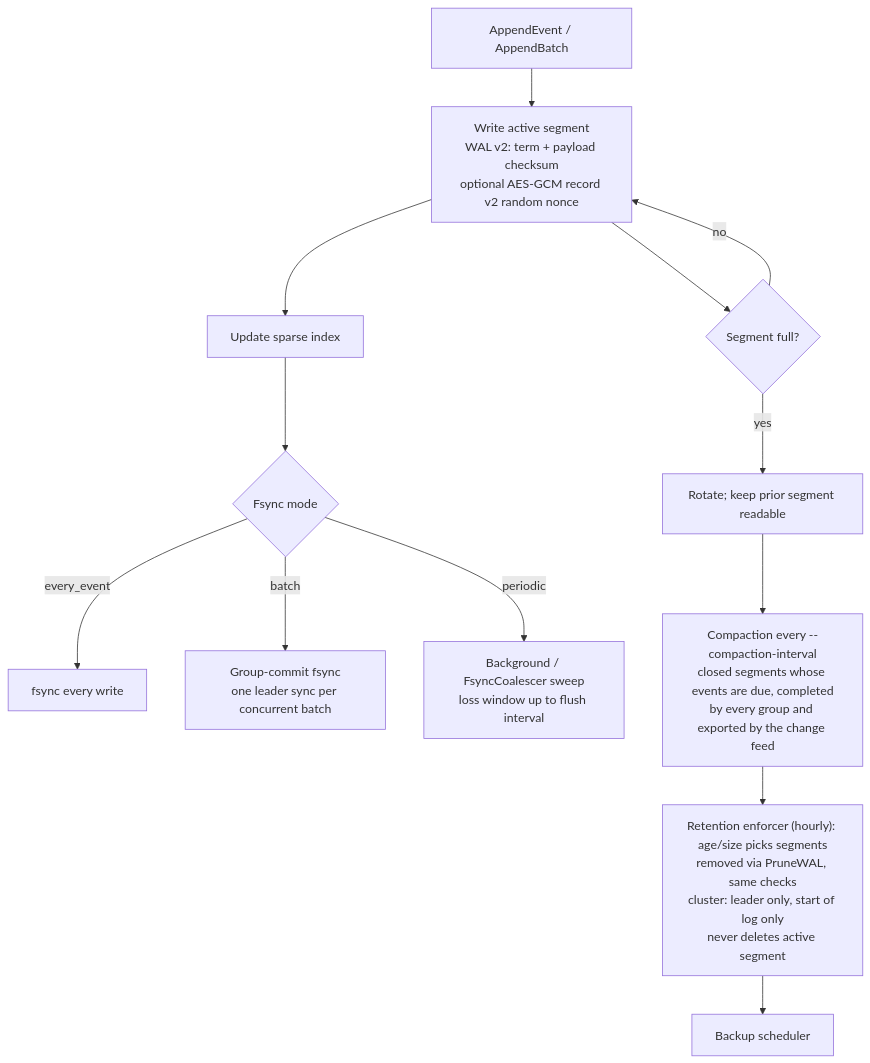
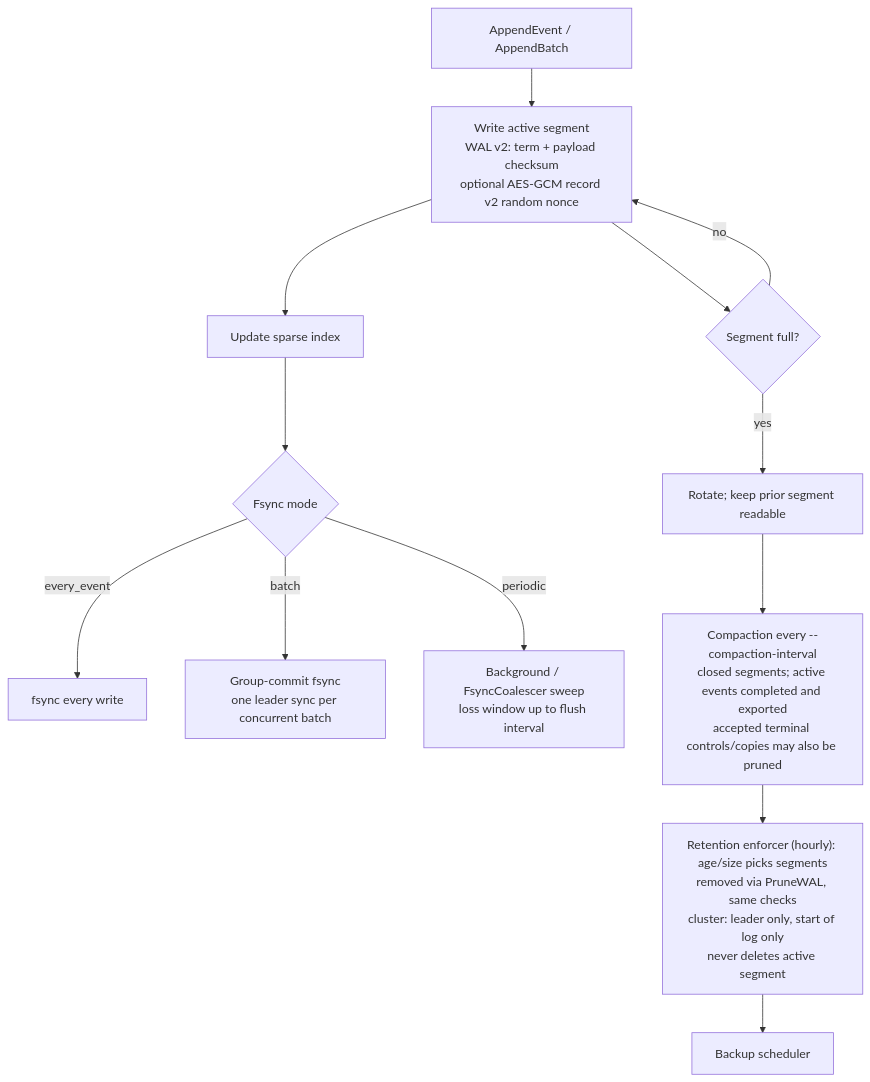
The diagram in docs/architecture/features/storage.md (jatin711-debug/cronos_db_golang), drawn with Mermaid before and after one commit. The commit also changed other lines of this file and 39 other files, not shown here.

````diff
--- a/docs/architecture/features/storage.md
+++ b/docs/architecture/features/storage.md
@@ -68,15 +89,15 @@
 ```mermaid
 flowchart TB
     Append["AppendEvent / AppendBatch"] --> Active["Write active segment<br/>WAL v2: term + payload checksum<br/>optional AES-GCM record v2 random nonce"]
     Active --> Index["Update sparse index"]
     Index --> Flush{Fsync mode}
     Flush -- every_event --> SyncNow["fsync every write"]
     Flush -- batch --> GroupCommit["Group-commit fsync<br/>one leader sync per concurrent batch"]
     Flush -- periodic --> Coalesce["Background / FsyncCoalescer sweep<br/>loss window up to flush interval"]
     Active --> Rotate{Segment full?}
     Rotate -- yes --> NewSegment["Rotate; keep prior segment readable"]
     Rotate -- no --> Active
-    NewSegment --> Compaction["Compaction every --compaction-interval<br/>closed segments whose events are due, completed<br/>by every group and exported by the change feed"]
+    NewSegment --> Compaction["Compaction every --compaction-interval<br/>closed segments; active events completed and exported<br/>accepted terminal controls/copies may also be pruned"]
     Compaction --> Retention["Retention enforcer (hourly): age/size picks segments<br/>removed via PruneWAL, same checks<br/>cluster: leader only, start of log only<br/>never deletes active segment"]
     Retention --> Backup["Backup scheduler"]
 ```
````
